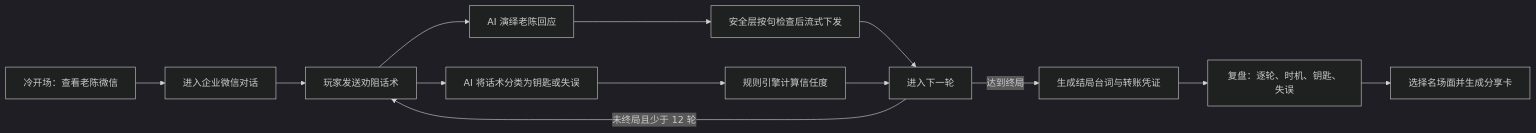
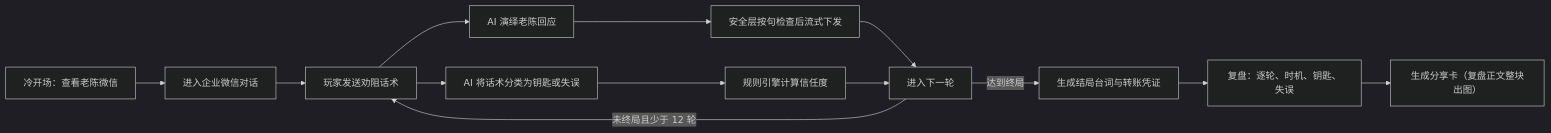
Before and after one commit to Meko1/ai-antifraud-persuasion: the first of 2 diagrams in docs/PROJECT-INTRODUCTION.md, drawn with Mermaid (dark theme). The commit also changed other lines of this file and 22 other files, not shown here.

````diff
--- a/docs/PROJECT-INTRODUCTION.md
+++ b/docs/PROJECT-INTRODUCTION.md
@@ -122,15 +122,15 @@
 ```mermaid
 flowchart LR
     A["冷开场：查看老陈微信"] --> B["进入企业微信对话"]
     B --> C["玩家发送劝阻话术"]
     C --> D["AI 演绎老陈回应"]
     C --> E["AI 将话术分类为钥匙或失误"]
     D --> F["安全层按句检查后流式下发"]
     E --> G["规则引擎计算信任度"]
     F --> H["进入下一轮"]
     G --> H
     H -->|"未终局且少于 12 轮"| C
     H -->|"达到终局"| I["生成结局台词与转账凭证"]
     I --> J["复盘：逐轮、时机、钥匙、失误"]
-    J --> K["选择名场面并生成分享卡"]
+    J --> K["生成分享卡（复盘正文整块出图）"]
 ```
````
